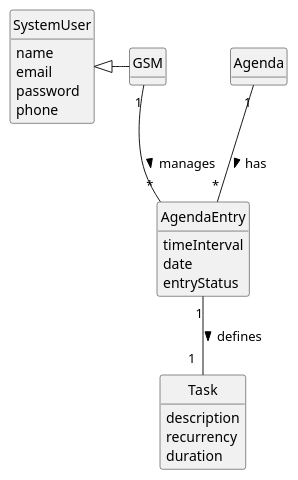
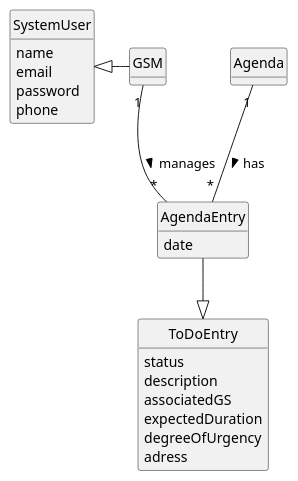
One commit to Departamento-de-Engenharia-Informatica/lei-24-s2-1do-g164 changed the diagram in docs/sprintC/us025/02.analysis/puml/us025-domain-model.puml. Above: the diagram before and after it, drawn with PlantUML. The commit also changed 11 other files, not shown here.

```diff
--- a/docs/sprintC/us025/02.analysis/puml/us025-domain-model.puml
+++ b/docs/sprintC/us025/02.analysis/puml/us025-domain-model.puml
@@ -1,49 +1,46 @@
 @startuml
 skinparam monochrome true
 skinparam packageStyle rectangle
 skinparam shadowing false
 
 
 
 skinparam classAttributeIconSize 0
 
 hide circle
 hide methods
 
 
 class SystemUser {
     name
     email
     password
     phone
 
 }
 class GSM {
 
 }
 
 
 class Agenda {
 }
 
 class AgendaEntry {
+    date
 
-    timeInterval
-    date
-    entryStatus
 }
 
-
-
-
-class Task {
-    description
-    recurrency
-    duration
+class ToDoEntry {
+        status
+        description
+        associatedGS
+        expectedDuration
+        degreeOfUrgency
+        adress
 }
-
 Agenda "1" -- "*" AgendaEntry : has >
-AgendaEntry "1" -- "1  " Task : defines >
 SystemUser <|- GSM
 GSM "1" -- "*" AgendaEntry: manages >
+AgendaEntry --|> ToDoEntry
 @enduml
```
